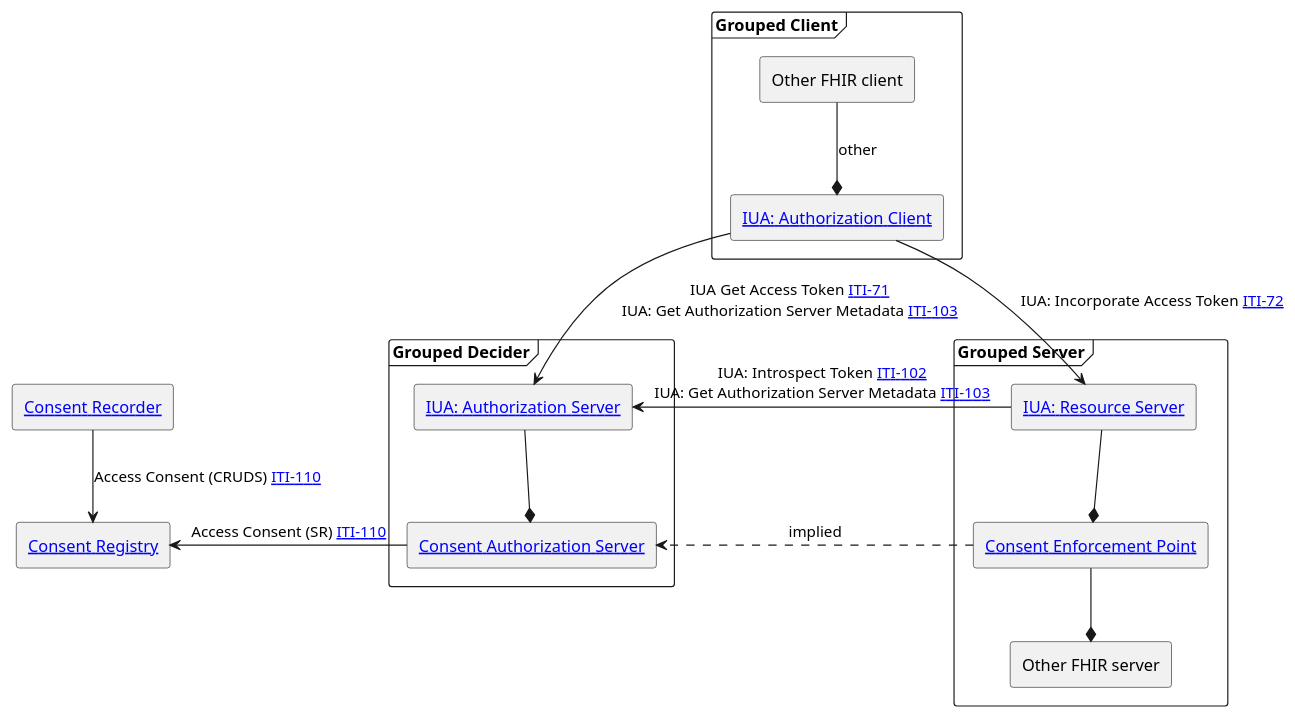
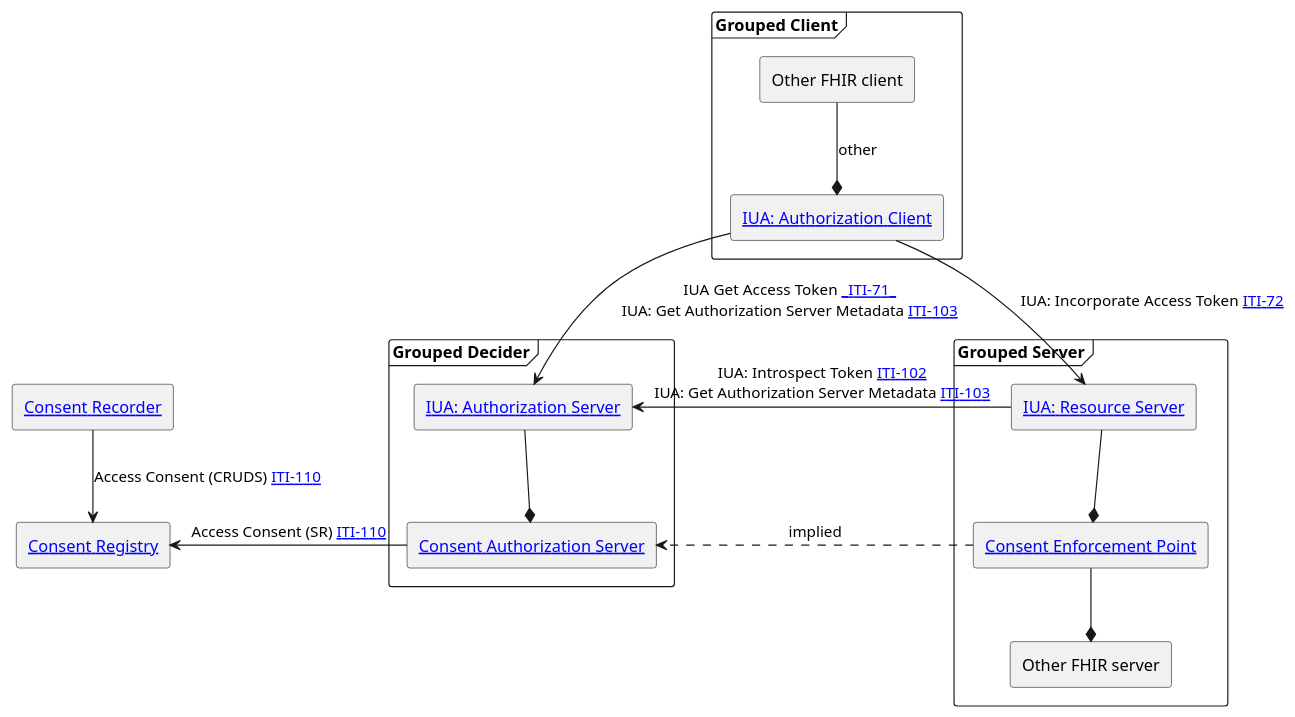
One commit to IHE/ITI.PCF changed the diagram in input/images-source/ActorsAndTransactions.plantuml. Above: the diagram before and after it, drawn with PlantUML. The commit also changed 5 other files, not shown here.

```diff
--- a/input/images-source/ActorsAndTransactions.plantuml
+++ b/input/images-source/ActorsAndTransactions.plantuml
@@ -1,41 +1,41 @@
 @startuml
 skinparam svgDimensionStyle false
 agent "[[#consentRecorder Consent Recorder]]" as capture
 agent "[[#consentRegistry Consent Registry]]" as registry
 capture -down-> registry : "Access Consent (CRUDS) [[ITI-110.html ITI-110]]"
 
 frame "Grouped Decider" {
 agent decider [
 [[https://profiles.ihe.net/ITI/IUA/index.html#34112-authorization-server IUA: Authorization Server]]
 ] 
 agent cdecider [
 [[#consentAuthorizationServer Consent Authorization Server]]
 ] 
 decider -down-* cdecider
 }
 cdecider -left-> registry: "Access Consent (SR) [[ITI-110.html ITI-110]]"
 
 
 frame "Grouped Client" {
 agent "Other FHIR client" as otherClient
 agent "[[https://profiles.ihe.net/ITI/IUA/index.html#34111-authorization-client IUA: Authorization Client]]" as client 
 }
 frame "Grouped Server" {
 agent enforcer [
 [[https://profiles.ihe.net/ITI/IUA/index.html#34113-resource-server IUA: Resource Server]]
 ]
 agent cenforcer [
 [[#consentEnforcementPoint Consent Enforcement Point]]
 ]
 agent "Other FHIR server" as otherServer
 enforcer -down-* cenforcer
 cenforcer -down-* otherServer
 }
 
 otherClient -down-* client: "other"
-client -down-> decider : "IUA Get Access Token [[https://profiles.ihe.net/ITI/IUA/index.html#371-get-access-token-iti-71 ITI-71]]\nIUA: Get Authorization Server Metadata [[https://profiles.ihe.net/ITI/IUA/index.html#3103-get-authorization-server-metadata-iti-103 ITI-103]]"
+client -down-> decider : "IUA Get Access Token [[other.html#updates-to-iti-71 _ITI-71_]]\nIUA: Get Authorization Server Metadata [[https://profiles.ihe.net/ITI/IUA/index.html#3103-get-authorization-server-metadata-iti-103 ITI-103]]"
 
 client -down-> enforcer : "IUA: Incorporate Access Token [[https://profiles.ihe.net/ITI/IUA/index.html#372-incorporate-access-token-iti-72 ITI-72]]"
 decider <-right- enforcer : "IUA: Introspect Token [[https://profiles.ihe.net/ITI/IUA/index.html#3102-introspect-token-iti-102 ITI-102]]\nIUA: Get Authorization Server Metadata [[https://profiles.ihe.net/ITI/IUA/index.html#3103-get-authorization-server-metadata-iti-103 ITI-103]]"
 cdecider <.left. cenforcer : implied
 @enduml
```
